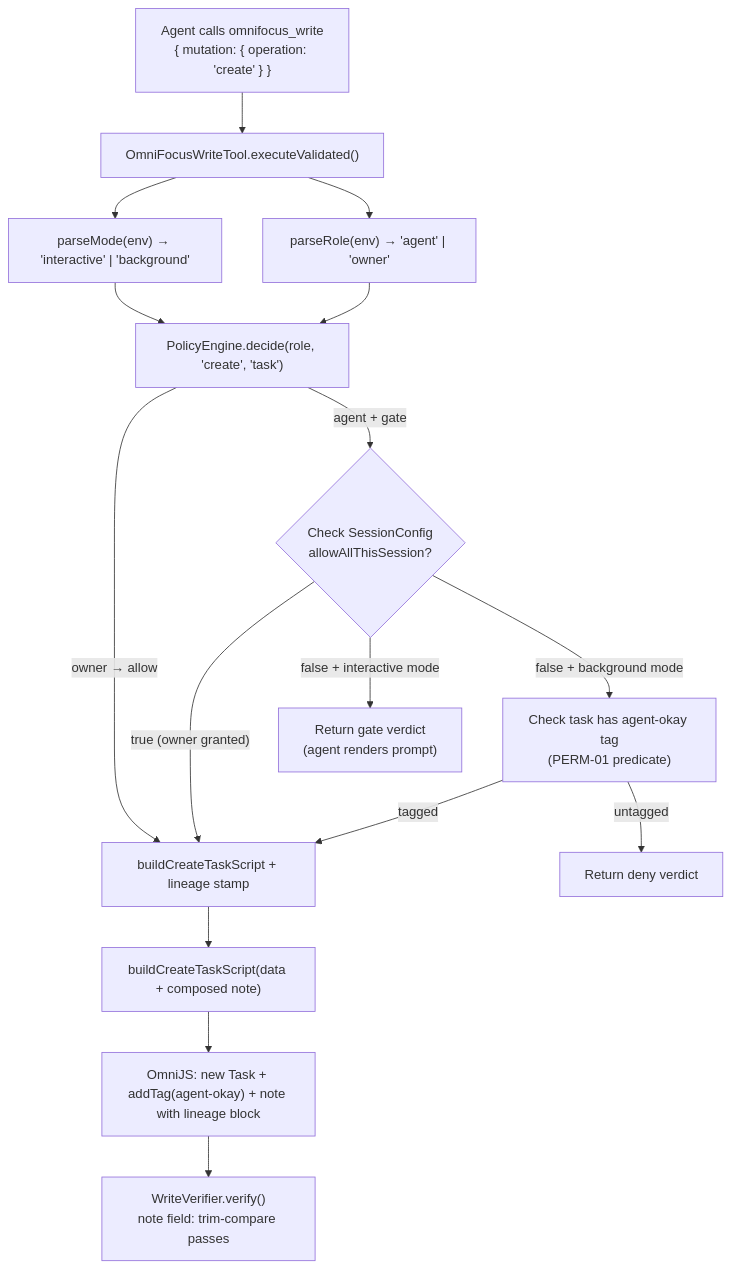
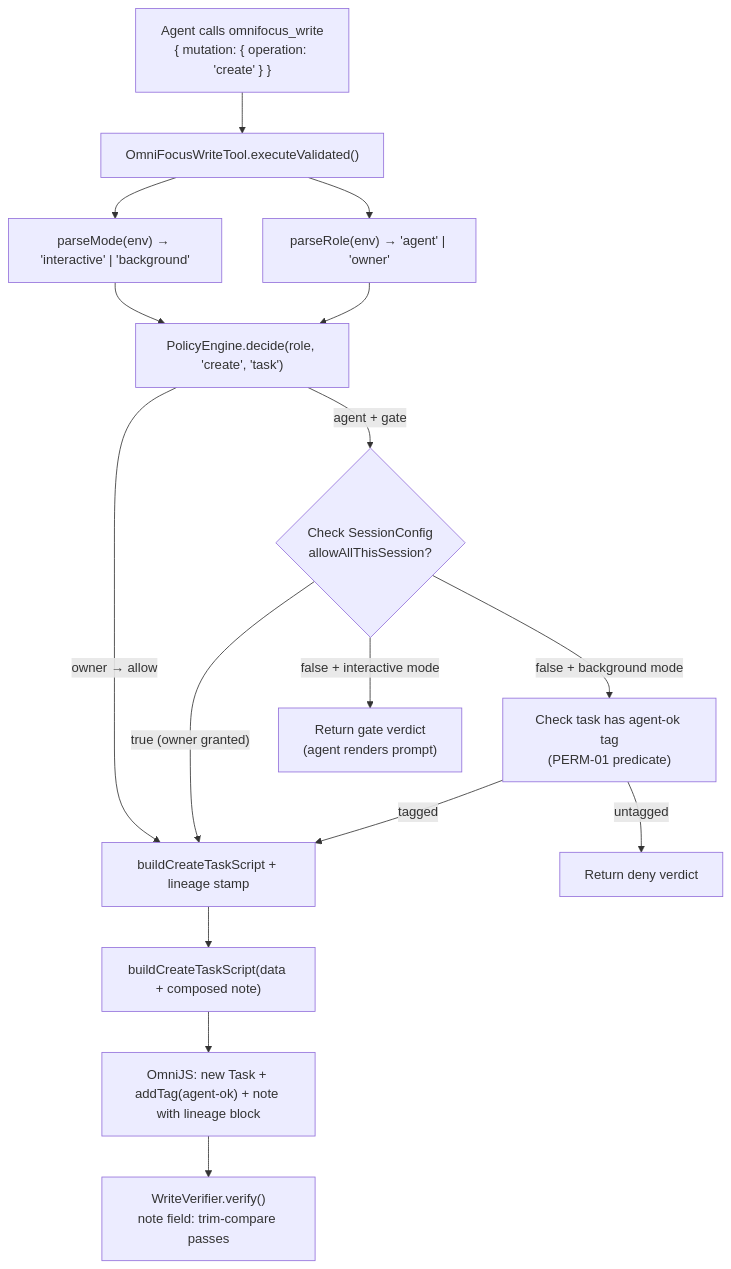
Before and after one commit to JesKingDev/omnifocus-mcp: the diagram in .planning/phases/02-capture-permission-gating/02-RESEARCH.md, drawn with Mermaid. The commit also changed other lines of this file and 67 other files, not shown here.

First line of the commit message:
refactor: standardize tag name agent-okay → agent-ok

````diff
--- a/.planning/phases/02-capture-permission-gating/02-RESEARCH.md
+++ b/.planning/phases/02-capture-permission-gating/02-RESEARCH.md
@@ -162,19 +162,19 @@
 ```mermaid
 flowchart TD
     A["Agent calls omnifocus_write\n{ mutation: { operation: 'create' } }"] --> B["OmniFocusWriteTool.executeValidated()"]
     B --> C["parseMode(env) → 'interactive' | 'background'"]
     B --> D["parseRole(env) → 'agent' | 'owner'"]
     C & D --> E["PolicyEngine.decide(role, 'create', 'task')"]
 
     E -->|"owner → allow"| H["buildCreateTaskScript + lineage stamp"]
     E -->|"agent + gate"| F{"Check SessionConfig\nallowAllThisSession?"}
     F -->|"true (owner granted)"| H
     F -->|"false + interactive mode"| G["Return gate verdict\n(agent renders prompt)"]
-    F -->|"false + background mode"| I["Check task has agent-okay tag\n(PERM-01 predicate)"]
+    F -->|"false + background mode"| I["Check task has agent-ok tag\n(PERM-01 predicate)"]
     I -->|"tagged"| H
     I -->|"untagged"| J["Return deny verdict"]
 
     H --> K["buildCreateTaskScript(data + composed note)"]
-    K --> L["OmniJS: new Task + addTag(agent-okay) + note with lineage block"]
+    K --> L["OmniJS: new Task + addTag(agent-ok) + note with lineage block"]
     L --> M["WriteVerifier.verify()\nnote field: trim-compare passes"]
 ```
````
